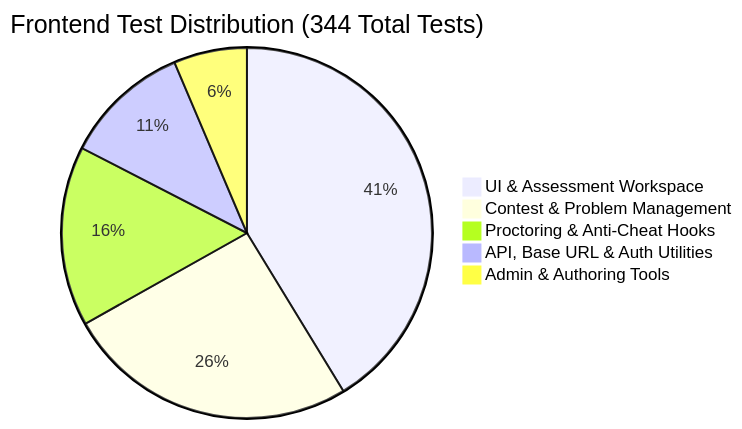
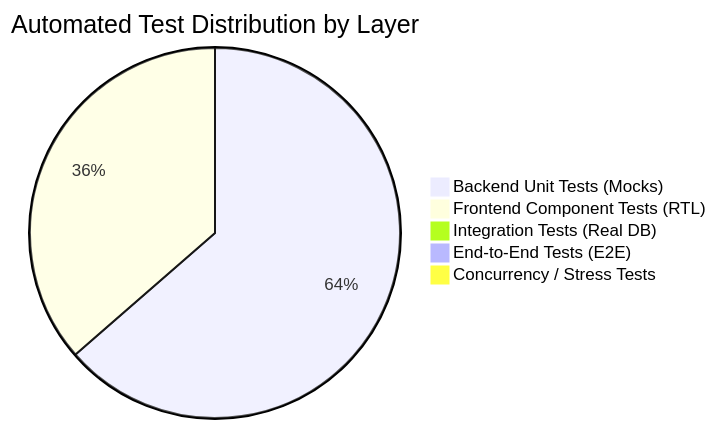
Before and after one commit to Abhinavvlog/codeskill: the first of 2 diagrams in engineering-audit/10_TEST_COVERAGE_AND_GAPS.md, drawn with Mermaid. The commit also changed other lines of this file and 13 other files, not shown here.

````diff
--- a/engineering-audit/10_TEST_COVERAGE_AND_GAPS.md
+++ b/engineering-audit/10_TEST_COVERAGE_AND_GAPS.md
@@ -29,8 +39,8 @@
 ```mermaid
-pie title Frontend Test Distribution (344 Total Tests)
-    "UI & Assessment Workspace" : 142
-    "Contest & Problem Management" : 88
-    "Proctoring & Anti-Cheat Hooks" : 54
-    "API, Base URL & Auth Utilities" : 38
-    "Admin & Authoring Tools" : 22
+pie title Automated Test Distribution by Layer
+    "Backend Unit Tests (Mocks)" : 601
+    "Frontend Component Tests (RTL)" : 344
+    "Integration Tests (Real DB)" : 0
+    "End-to-End Tests (E2E)" : 0
+    "Concurrency / Stress Tests" : 0
 ```
````
